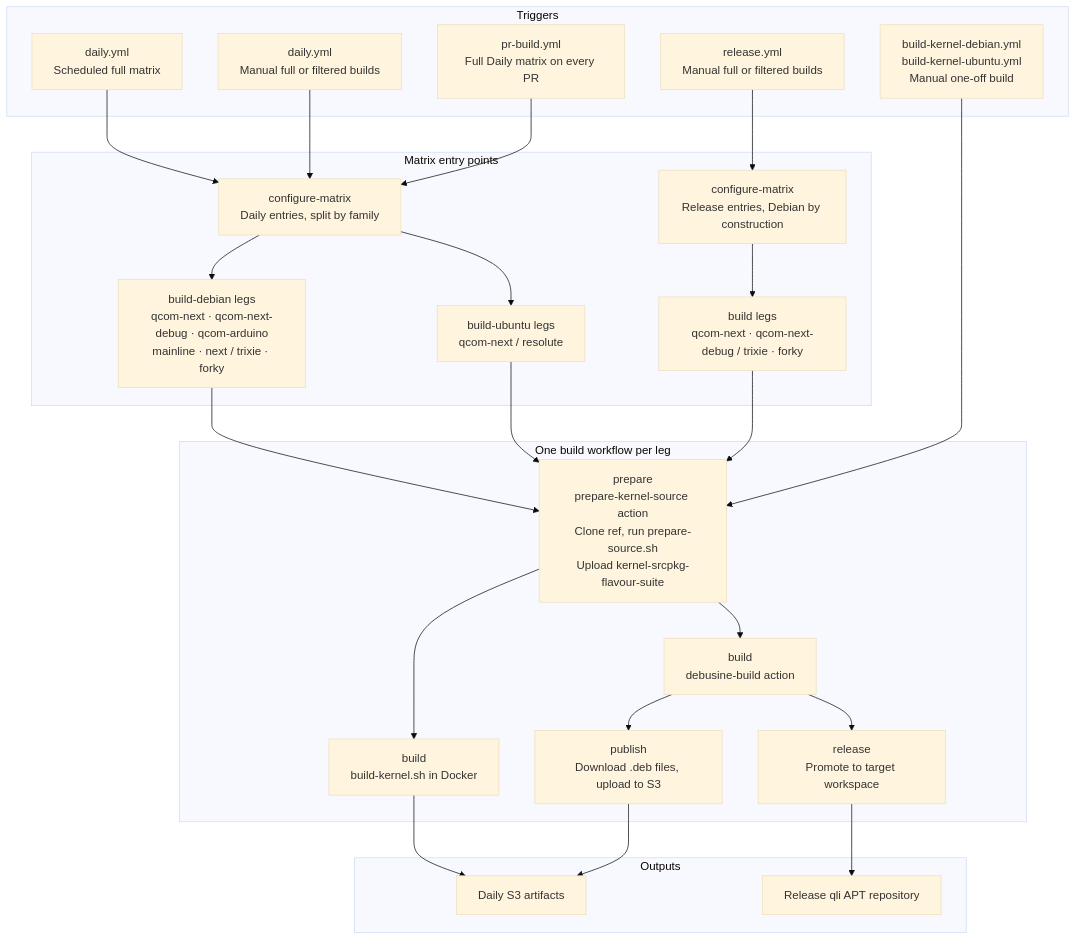
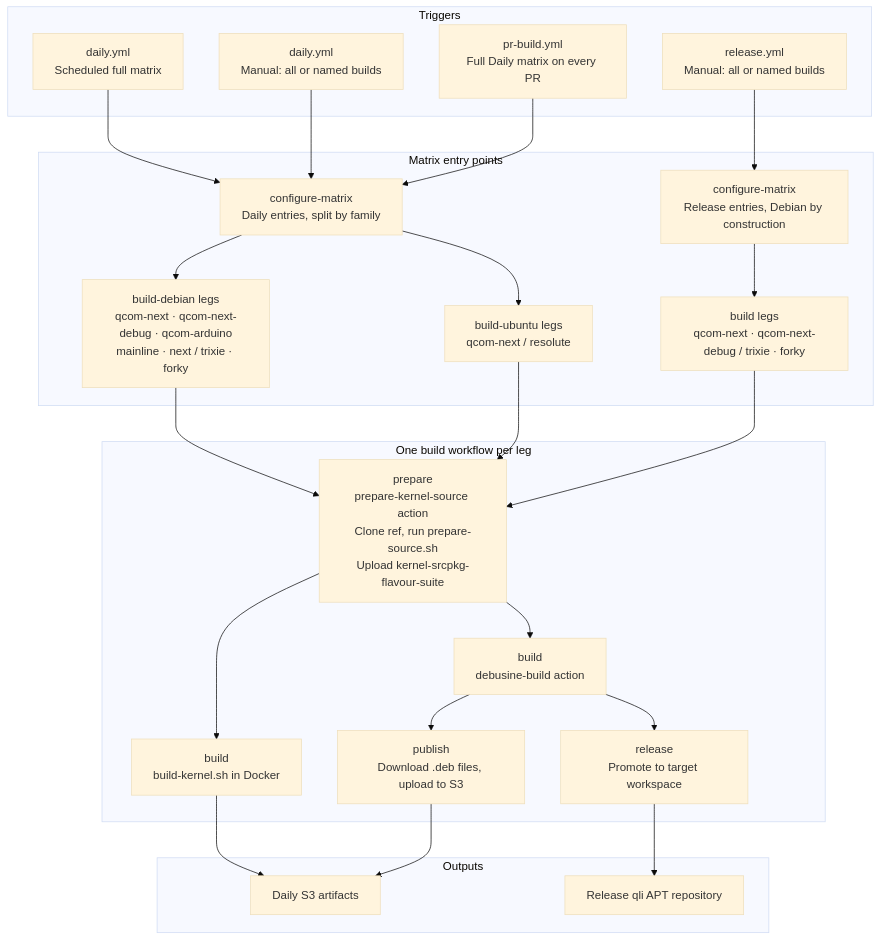
One commit to qualcomm-linux/pkg-linux-qcom changed the second of 6 diagrams in README.md. Above: the diagram before and after it, drawn with Mermaid (base theme). The commit also changed other lines of this file and 7 other files, not shown here.

````diff
--- a/README.md
+++ b/README.md
@@ -325,47 +324,45 @@
 ```mermaid
 flowchart TD
     subgraph triggers[Triggers]
         A1["daily.yml\nScheduled full matrix"]
-        A2["daily.yml\nManual full or filtered builds"]
+        A2["daily.yml\nManual: all or named builds"]
         A5["pr-build.yml\nFull Daily matrix on every PR"]
-        A3["release.yml\nManual full or filtered builds"]
-        A4["build-kernel-debian.yml\nbuild-kernel-ubuntu.yml\nManual one-off build"]
+        A3["release.yml\nManual: all or named builds"]
     end
 
     subgraph matrix[Matrix entry points]
         B1["configure-matrix\nDaily entries, split by family"]
         B2["build-debian legs\nqcom-next · qcom-next-debug · qcom-arduino\nmainline · next / trixie · forky"]
         B5["build-ubuntu legs\nqcom-next / resolute"]
         B3["configure-matrix\nRelease entries, Debian by construction"]
         B4["build legs\nqcom-next · qcom-next-debug / trixie · forky"]
     end
 
     subgraph build[One build workflow per leg]
         C2["prepare\nprepare-kernel-source action\nClone ref, run prepare-source.sh\nUpload kernel-srcpkg-flavour-suite"]
         C3["build\ndebusine-build action"]
         C4["build\nbuild-kernel.sh in Docker"]
         C5["publish\nDownload .deb files, upload to S3"]
         C6["release\nPromote to target workspace"]
     end
 
     subgraph outputs[Outputs]
         D1["Daily S3 artifacts"]
         D2["Release qli APT repository"]
     end
 
     A1 --> B1
     A2 --> B1
     A5 --> B1
     A3 --> B3
     B1 --> B2 & B5
     B3 --> B4
     B2 --> C2
     B5 --> C2
     B4 --> C2
-    A4 --> C2
     C2 --> C3 & C4
     C3 --> C5 & C6
     C4 --> D1
     C5 --> D1
     C6 --> D2
 ```
````
